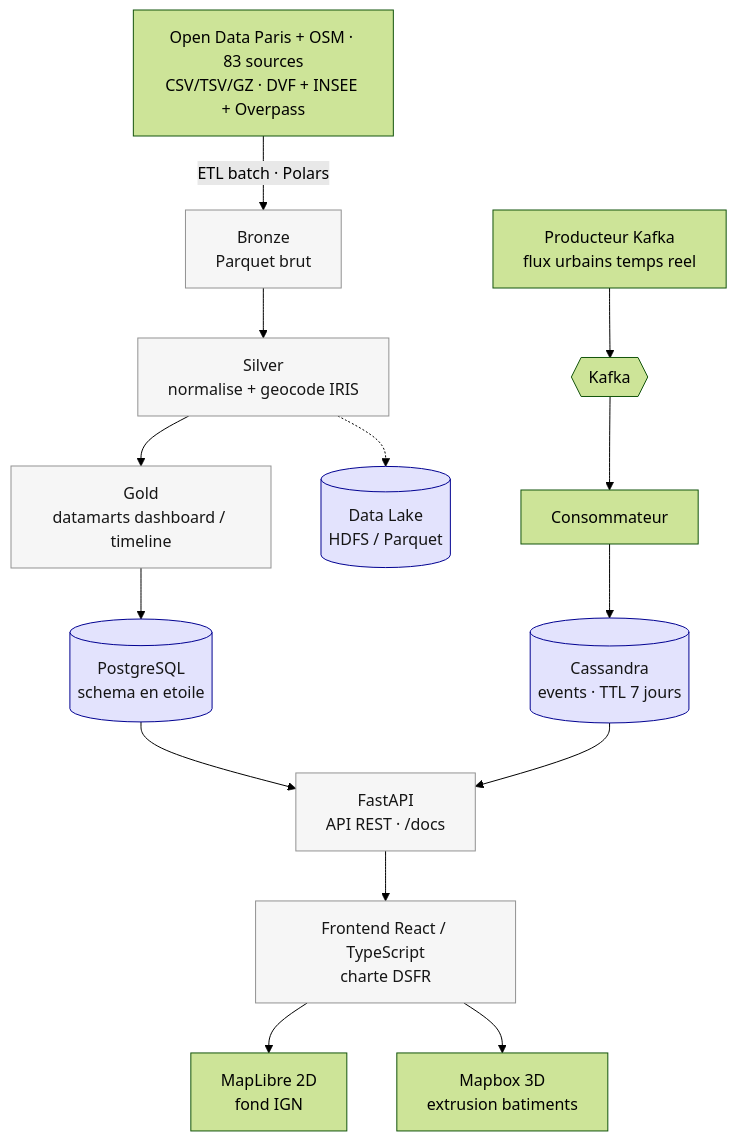
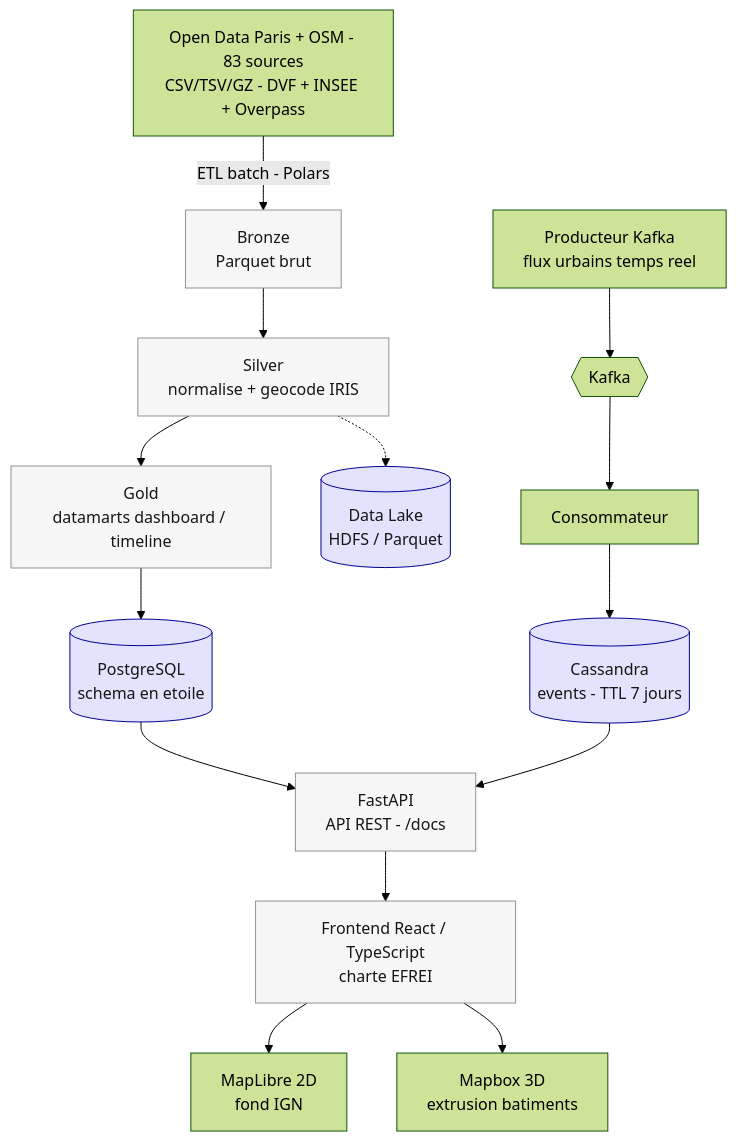
The diagram in README.md (Adam-Blf/urban-data-explorer), drawn with Mermaid (forest theme) before and after one commit. The commit also changed other lines of this file and 12 other files, not shown here.

First line of the commit message:
fix: replace 13 broken 404 sources + Cassandra Python 3.12 fix (#11)

````diff
--- a/README.md
+++ b/README.md
@@ -54,21 +54,21 @@
 ```mermaid
 flowchart TD
-    OD["Open Data Paris + OSM · 83 sources<br/>CSV/TSV/GZ · DVF + INSEE + Overpass"]
-    OD -->|"ETL batch · Polars"| BRONZE["Bronze<br/>Parquet brut"]
+    OD["Open Data Paris + OSM - 83 sources<br/>CSV/TSV/GZ - DVF + INSEE + Overpass"]
+    OD -->|"ETL batch - Polars"| BRONZE["Bronze<br/>Parquet brut"]
     BRONZE --> SILVER["Silver<br/>normalise + geocode IRIS"]
     SILVER --> GOLD["Gold<br/>datamarts dashboard / timeline"]
     SILVER -.-> LAKE[("Data Lake<br/>HDFS / Parquet")]
     GOLD --> PG[("PostgreSQL<br/>schema en etoile")]
     PROD["Producteur Kafka<br/>flux urbains temps reel"] --> KAFKA{{"Kafka"}}
-    KAFKA --> CONS["Consommateur"] --> CASS[("Cassandra<br/>events · TTL 7 jours")]
-    PG --> API["FastAPI<br/>API REST · /docs"]
+    KAFKA --> CONS["Consommateur"] --> CASS[("Cassandra<br/>events - TTL 7 jours")]
+    PG --> API["FastAPI<br/>API REST - /docs"]
     CASS --> API
-    API --> FE["Frontend React / TypeScript<br/>charte DSFR"]
+    API --> FE["Frontend React / TypeScript<br/>charte EFREI"]
     FE --> M2["MapLibre 2D<br/>fond IGN"]
     FE --> M3["Mapbox 3D<br/>extrusion batiments"]
 
     classDef store fill:#e3e3fd,stroke:#000091,color:#161616;
     classDef proc fill:#f6f6f6,stroke:#929292,color:#161616;
     class PG,CASS,LAKE store;
     class BRONZE,SILVER,GOLD,API,FE proc;
 ```
````
